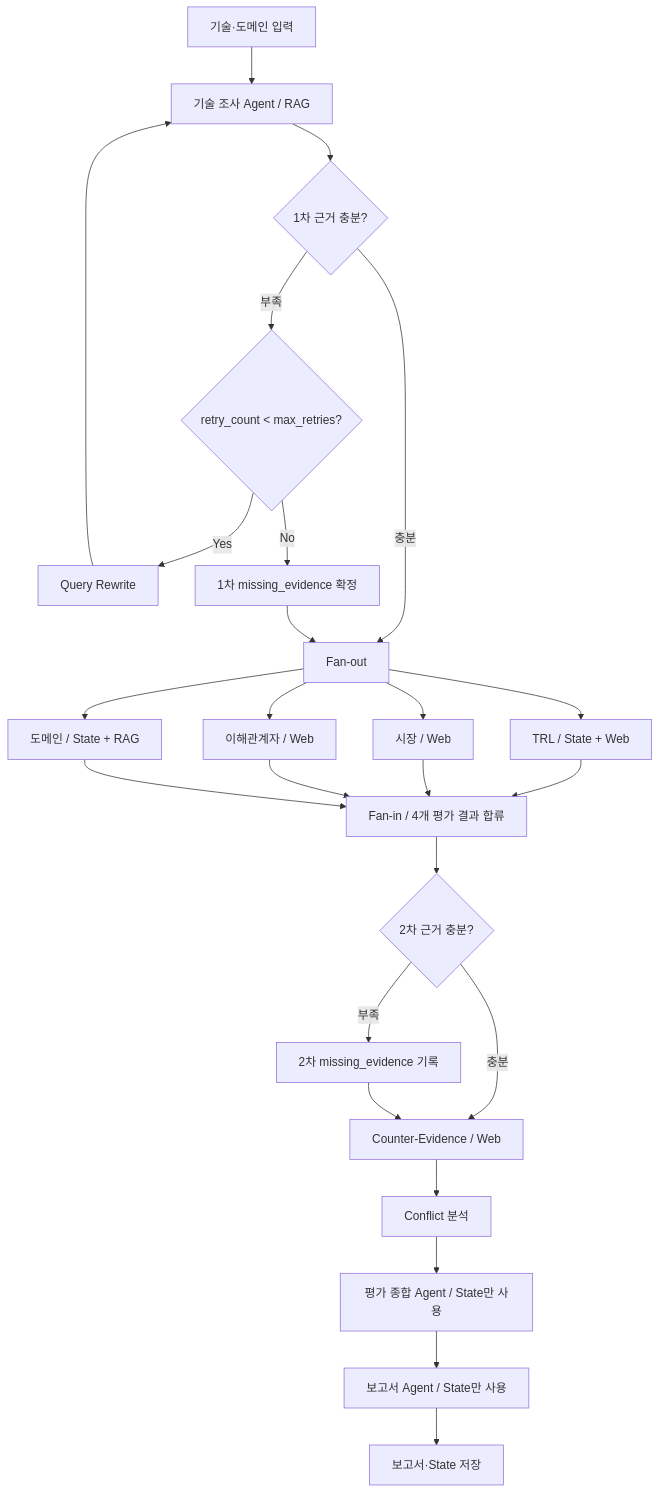
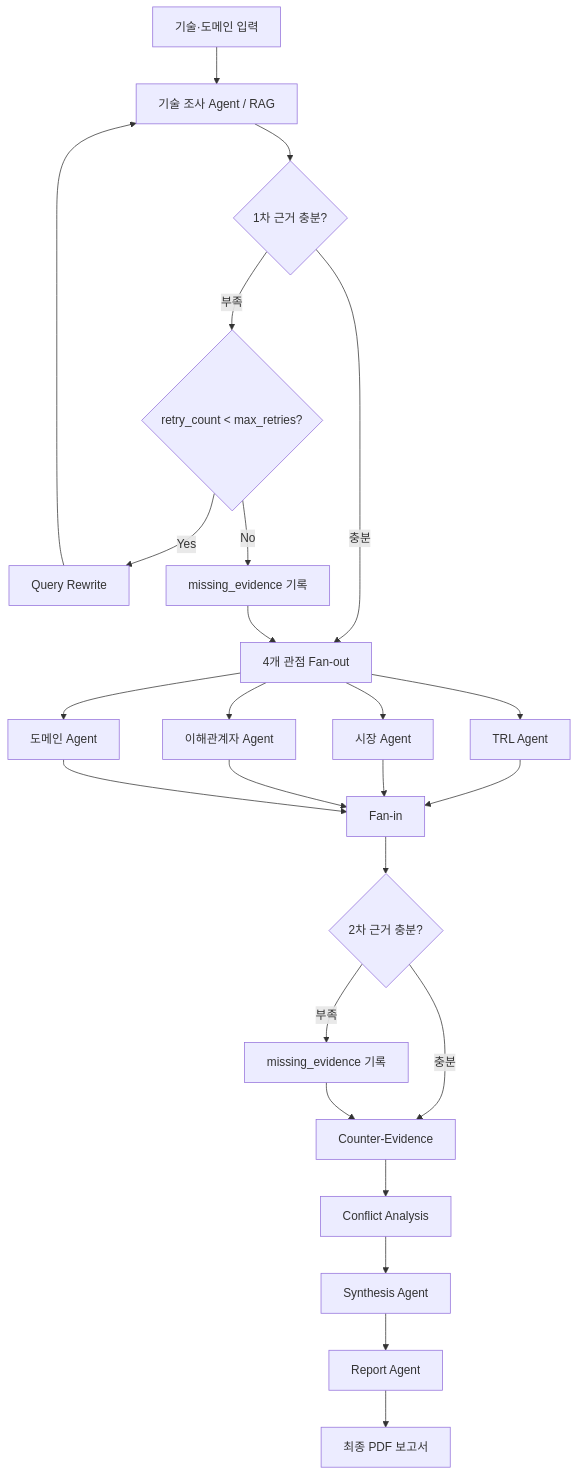
The diagram in README.md (sjjeon0925/skala-RAG-project), drawn with Mermaid before and after one commit. The commit also changed other lines of this file, not shown here.

````diff
--- a/README.md
+++ b/README.md
@@ -54,27 +54,27 @@
 ```mermaid
 flowchart TD
-  A[기술·도메인 입력] --> B[기술 조사 Agent / RAG]
-  B --> C{1차 근거 충분?}
-  C -->|충분| F[Fan-out]
-  C -->|부족| D{retry_count < max_retries?}
-  D -->|Yes| E[Query Rewrite]
-  E --> B
-  D -->|No| G[1차 missing_evidence 확정]
-  G --> F
-  F --> T[TRL / State + Web]
-  F --> M[시장 / Web]
-  F --> S[이해관계자 / Web]
-  F --> V[도메인 / State + RAG]
-  T --> J[Fan-in / 4개 평가 결과 합류]
-  M --> J
-  S --> J
-  V --> J
-  J --> K{2차 근거 충분?}
-  K -->|부족| L[2차 missing_evidence 기록]
-  K -->|충분| N[Counter-Evidence / Web]
-  L --> N
-  N --> O[Conflict 분석]
-  O --> P[평가 종합 Agent / State만 사용]
-  P --> Q[보고서 Agent / State만 사용]
-  Q --> R[보고서·State 저장]
+    A[기술·도메인 입력] --> B[기술 조사 Agent / RAG]
+    B --> C{1차 근거 충분?}
+    C -->|부족| D{retry_count < max_retries?}
+    D -->|Yes| E[Query Rewrite]
+    E --> B
+    D -->|No| F[missing_evidence 기록]
+    C -->|충분| G[4개 관점 Fan-out]
+    F --> G
+    G --> H[TRL Agent]
+    G --> I[시장 Agent]
+    G --> J[이해관계자 Agent]
+    G --> K[도메인 Agent]
+    H --> L[Fan-in]
+    I --> L
+    J --> L
+    K --> L
+    L --> M{2차 근거 충분?}
+    M -->|부족| N[missing_evidence 기록]
+    M -->|충분| O[Counter-Evidence]
+    N --> O
+    O --> P[Conflict Analysis]
+    P --> Q[Synthesis Agent]
+    Q --> R[Report Agent]
+    R --> S[최종 PDF 보고서]
 ```
````
